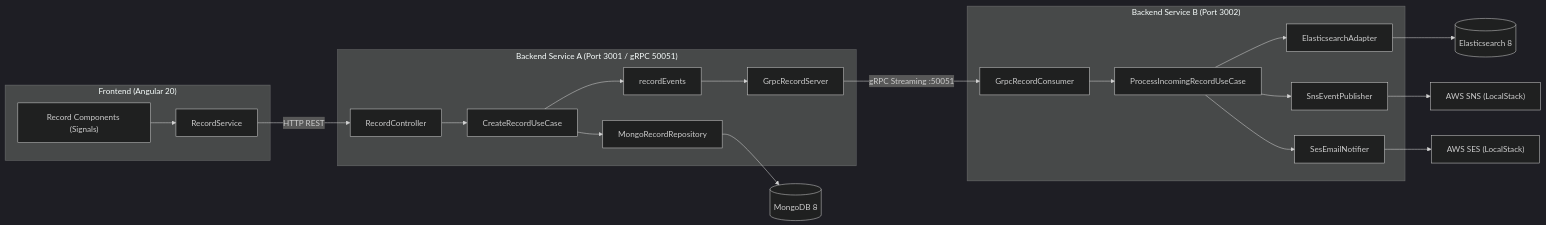
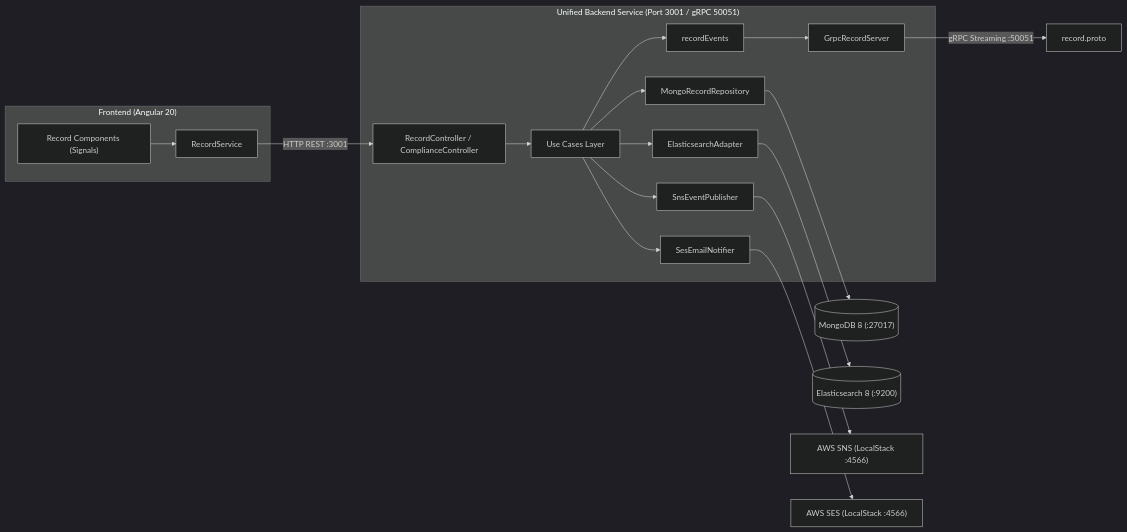
Before and after one commit to Benny-Testable/Demo_Stack-: the second of 2 diagrams in README.md, drawn with Mermaid (dark theme). The commit also changed other lines of this file and 94 other files, not shown here.

Commit message:
feat(backend): consolidate into single unified Clean Architecture backend service

````diff
--- a/README.md
+++ b/README.md
@@ -64,27 +64,23 @@
 ```mermaid
 flowchart LR
     subgraph UI["Frontend (Angular 20)"]
         Ng["Record Components (Signals)"] --> Http["RecordService"]
     end
 
-    subgraph SvcA["Backend Service A (Port 3001 / gRPC 50051)"]
-        CtrlA["RecordController"] --> UCaseA["CreateRecordUseCase"]
-        UCaseA --> MongoRepo["MongoRecordRepository"]
-        UCaseA --> Evt["recordEvents"]
+    subgraph Backend["Unified Backend Service (Port 3001 / gRPC 50051)"]
+        Ctrl["RecordController / ComplianceController"] --> UCase["Use Cases Layer"]
+        UCase --> MongoRepo["MongoRecordRepository"]
+        UCase --> ESAdapter["ElasticsearchAdapter"]
+        UCase --> SNSAdapter["SnsEventPublisher"]
+        UCase --> SESAdapter["SesEmailNotifier"]
+        UCase --> Evt["recordEvents"]
         Evt --> GrpcSrv["GrpcRecordServer"]
     end
 
-    subgraph SvcB["Backend Service B (Port 3002)"]
-        GrpcCli["GrpcRecordConsumer"] --> UCaseB["ProcessIncomingRecordUseCase"]
-        UCaseB --> ESAdapter["ElasticsearchAdapter"]
-        UCaseB --> SNSAdapter["SnsEventPublisher"]
-        UCaseB --> SESAdapter["SesEmailNotifier"]
-    end
-
-    Http -- "HTTP REST" --> CtrlA
-    MongoRepo --> MDB[("MongoDB 8")]
-    GrpcSrv -- "gRPC Streaming :50051" --> GrpcCli
-    ESAdapter --> ES[("Elasticsearch 8")]
-    SNSAdapter --> AWS1["AWS SNS (LocalStack)"]
-    SESAdapter --> AWS2["AWS SES (LocalStack)"]
+    Http -- "HTTP REST :3001" --> Ctrl
+    MongoRepo --> MDB[("MongoDB 8 (:27017)")]
+    ESAdapter --> ES[("Elasticsearch 8 (:9200)")]
+    SNSAdapter --> AWS1["AWS SNS (LocalStack :4566)"]
+    SESAdapter --> AWS2["AWS SES (LocalStack :4566)"]
+    GrpcSrv -- "gRPC Streaming :50051" --> Proto["record.proto"]
 ```
````
